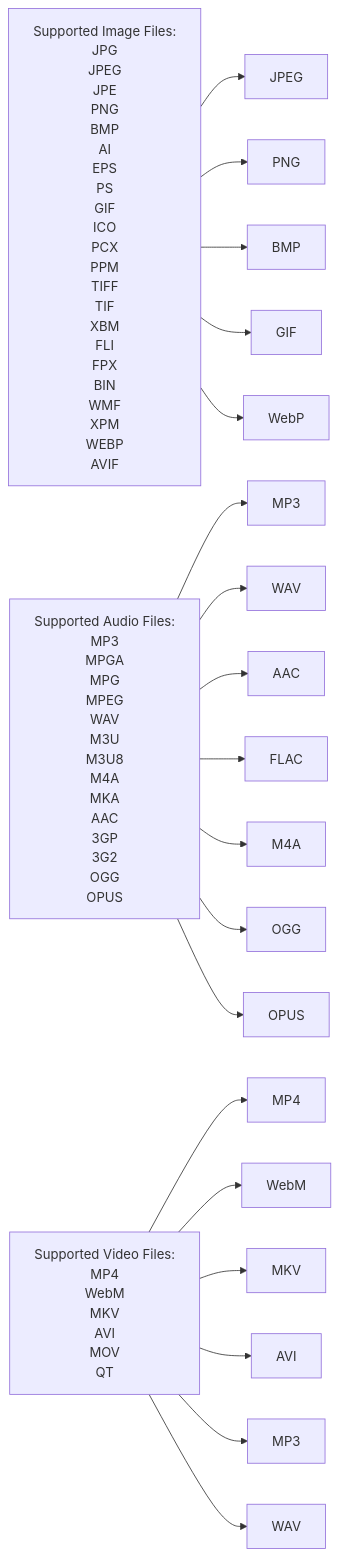
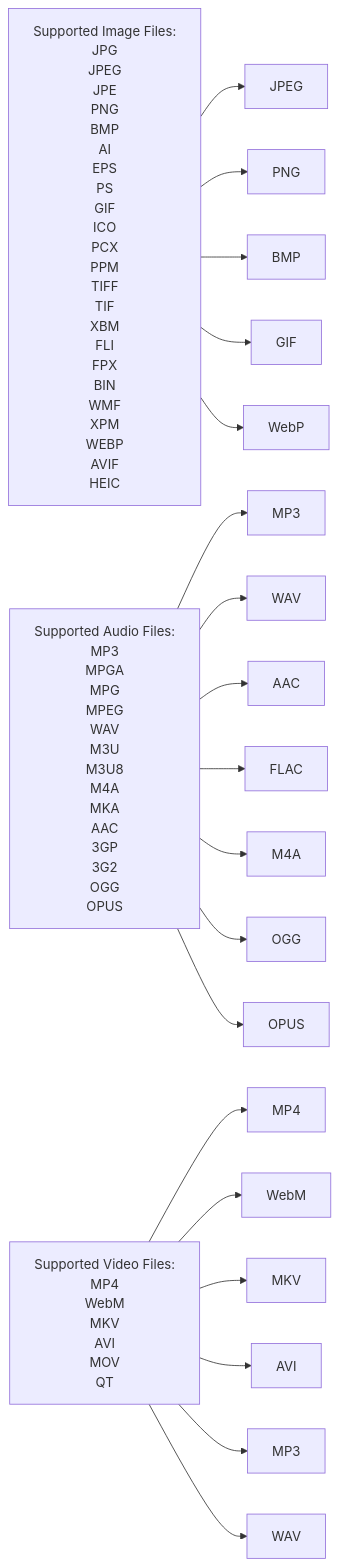
One commit to Lich-Corals/linux-file-converter-addon changed the diagram in README.md. Above: the diagram before and after it, drawn with Mermaid.

````diff
--- a/README.md
+++ b/README.md
@@ -11,66 +11,66 @@
 ```mermaid
     graph LR
     A[Supported Image Files]
     B[Supported Audio Files]
     C[Supported Video Files]
     D[JPEG]
     E[PNG]
     F[BMP]
     G[GIF]
     H[WebP]
     I[MP3]
     J[WAV]
     K[AAC]
     L[FLAC]
     M[M4A]
     N[OGG]
     O[OPUS]
     P[MP4]
     Q[WebM]
     R[MKV]
     S[AVI]
     T[MP3]
     U[WAV]
     
-    A["Supported Image Files:<br/>JPG<br/>JPEG<br/>JPE<br/>PNG<br/>BMP<br/>AI<br/>EPS<br/>PS<br/>GIF<br/>ICO<br/>PCX<br/>PPM<br/>TIFF<br/>TIF<br/>XBM<br/>FLI<br/>FPX<br/>BIN<br/>WMF<br/>XPM<br/>WEBP<br/>AVIF"]
+    A["Supported Image Files:<br/>JPG<br/>JPEG<br/>JPE<br/>PNG<br/>BMP<br/>AI<br/>EPS<br/>PS<br/>GIF<br/>ICO<br/>PCX<br/>PPM<br/>TIFF<br/>TIF<br/>XBM<br/>FLI<br/>FPX<br/>BIN<br/>WMF<br/>XPM<br/>WEBP<br/>AVIF<br/>HEIC"]
     B["Supported Audio Files:<br/>MP3<br/>MPGA<br/>MPG<br/>MPEG<br/>WAV<br/>M3U<br/>M3U8<br/>M4A<br/>MKA<br/>AAC<br/>3GP<br/>3G2<br/>OGG<br/>OPUS"]
     C["Supported Video Files:<br/>MP4<br/>WebM<br/>MKV<br/>AVI<br/>MOV<br/>QT"]
    
     D[JPEG]
     E[PNG]
     F[BMP]
     G[GIF]
     H[WebP]
     I[MP3]
     J[WAV]
     K[AAC]
     L[FLAC]
     M[M4A]
     N[OGG]
     O[OPUS]
     P[MP4]
     Q[WebM]
     R[MKV]
     S[AVI]
     T[MP3]
     U[WAV]
     
     A --> D
     A --> E
     A --> F
     A --> G
     A --> H
     B --> I
     B --> J
     B --> K
     B --> L
     B --> M
     B --> N
     B --> O
     C --> P
     C --> Q
     C --> R
     C --> S
     C --> T
     C --> U
 ```
````
